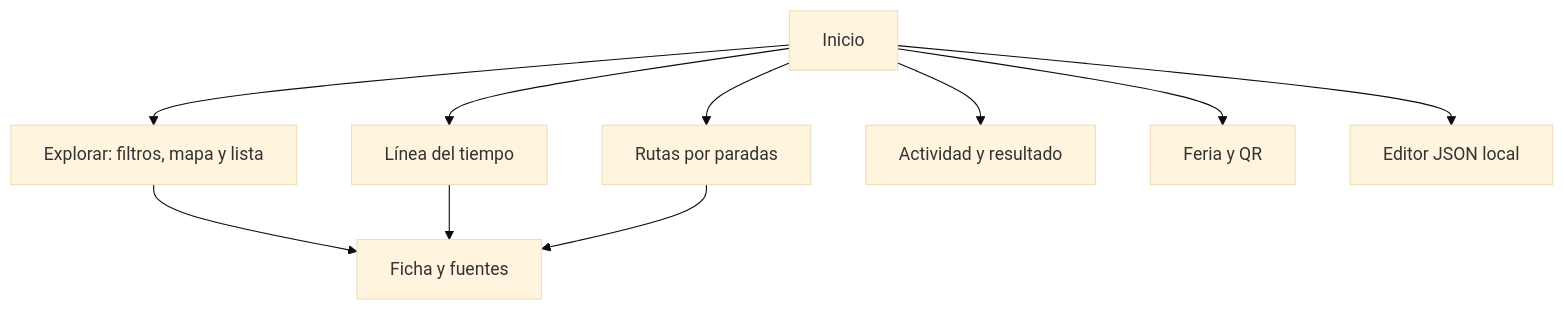
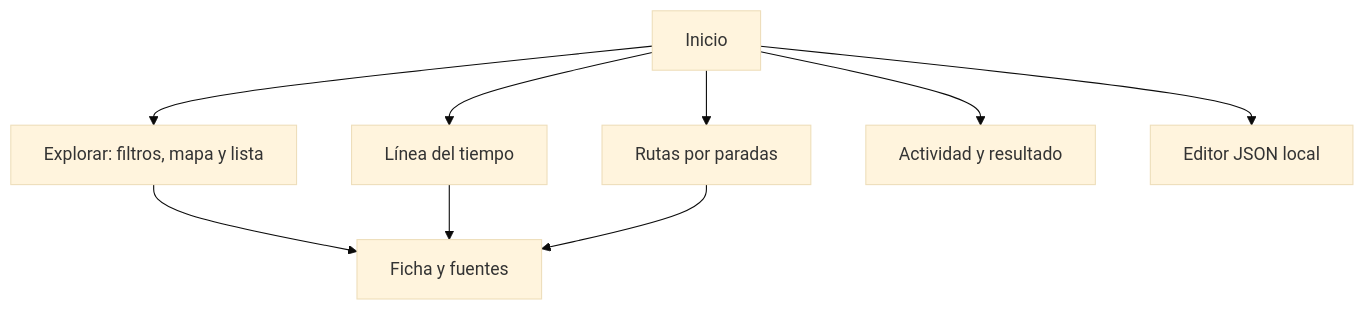
The third of 3 diagrams in docs/diagramas.md (BismarckConde/Proyecto_Historia_Leon--main), drawn with Mermaid (base theme) before and after one commit. The commit also changed other lines of this file and 5 other files, not shown here.

````diff
--- a/docs/diagramas.md
+++ b/docs/diagramas.md
@@ -37,12 +37,11 @@
 ```mermaid
 flowchart TD
  I[Inicio] --> E[Explorar: filtros, mapa y lista]
  E --> F[Ficha y fuentes]
  I --> T[Línea del tiempo]
  T --> F
  I --> R[Rutas por paradas]
  R --> F
  I --> Q[Actividad y resultado]
- I --> QR[Feria y QR]
  I --> A[Editor JSON local]
 ```
````
